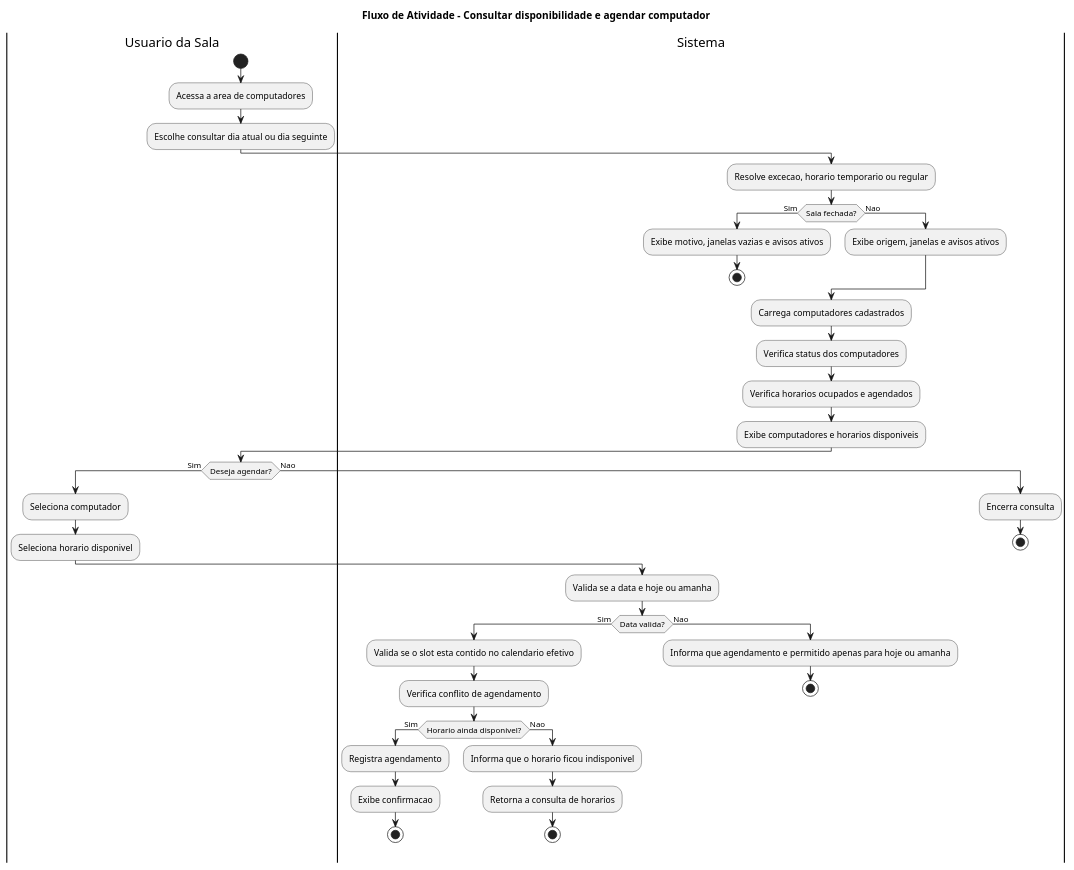
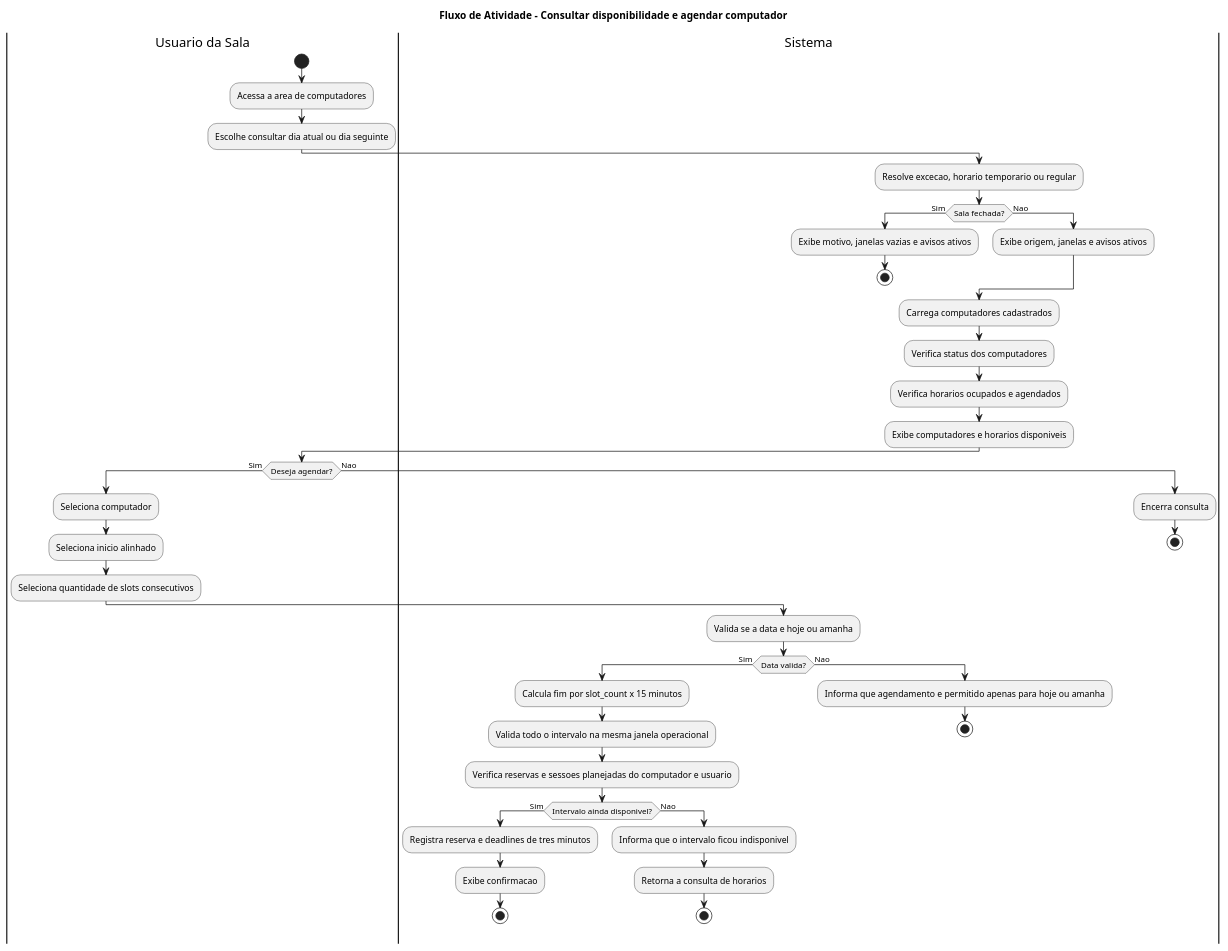
Before and after one commit to MarcosVini753/estagio: the diagram in docs/diagrams/atividades/01-usuario-consultar-e-agendar.puml, drawn with PlantUML. The commit also changed 21 other files, not shown here.

Commit message:
docs: sincronizar API fluxos e diagramas do modelo C

```diff
--- a/docs/diagrams/atividades/01-usuario-consultar-e-agendar.puml
+++ b/docs/diagrams/atividades/01-usuario-consultar-e-agendar.puml
@@ -1,51 +1,53 @@
 @startuml
 title Fluxo de Atividade - Consultar disponibilidade e agendar computador
 
 |Usuario da Sala|
 start
 :Acessa a area de computadores;
 :Escolhe consultar dia atual ou dia seguinte;
 
 |Sistema|
 :Resolve excecao, horario temporario ou regular;
 if (Sala fechada?) then (Sim)
   :Exibe motivo, janelas vazias e avisos ativos;
   stop
 else (Nao)
   :Exibe origem, janelas e avisos ativos;
 endif
 :Carrega computadores cadastrados;
 :Verifica status dos computadores;
 :Verifica horarios ocupados e agendados;
 :Exibe computadores e horarios disponiveis;
 
 |Usuario da Sala|
 if (Deseja agendar?) then (Sim)
   :Seleciona computador;
-  :Seleciona horario disponivel;
+  :Seleciona inicio alinhado;
+  :Seleciona quantidade de slots consecutivos;
 
   |Sistema|
   :Valida se a data e hoje ou amanha;
   if (Data valida?) then (Sim)
-    :Valida se o slot esta contido no calendario efetivo;
-    :Verifica conflito de agendamento;
-    if (Horario ainda disponivel?) then (Sim)
-      :Registra agendamento;
+    :Calcula fim por slot_count x 15 minutos;
+    :Valida todo o intervalo na mesma janela operacional;
+    :Verifica reservas e sessoes planejadas do computador e usuario;
+    if (Intervalo ainda disponivel?) then (Sim)
+      :Registra reserva e deadlines de tres minutos;
       :Exibe confirmacao;
       stop
     else (Nao)
-      :Informa que o horario ficou indisponivel;
+      :Informa que o intervalo ficou indisponivel;
       :Retorna a consulta de horarios;
       stop
     endif
    else (Nao)
      :Informa que agendamento e permitido apenas para hoje ou amanha;
      stop
    endif
 
 else (Nao)
   :Encerra consulta;
   stop
 endif
 
 @enduml
```
